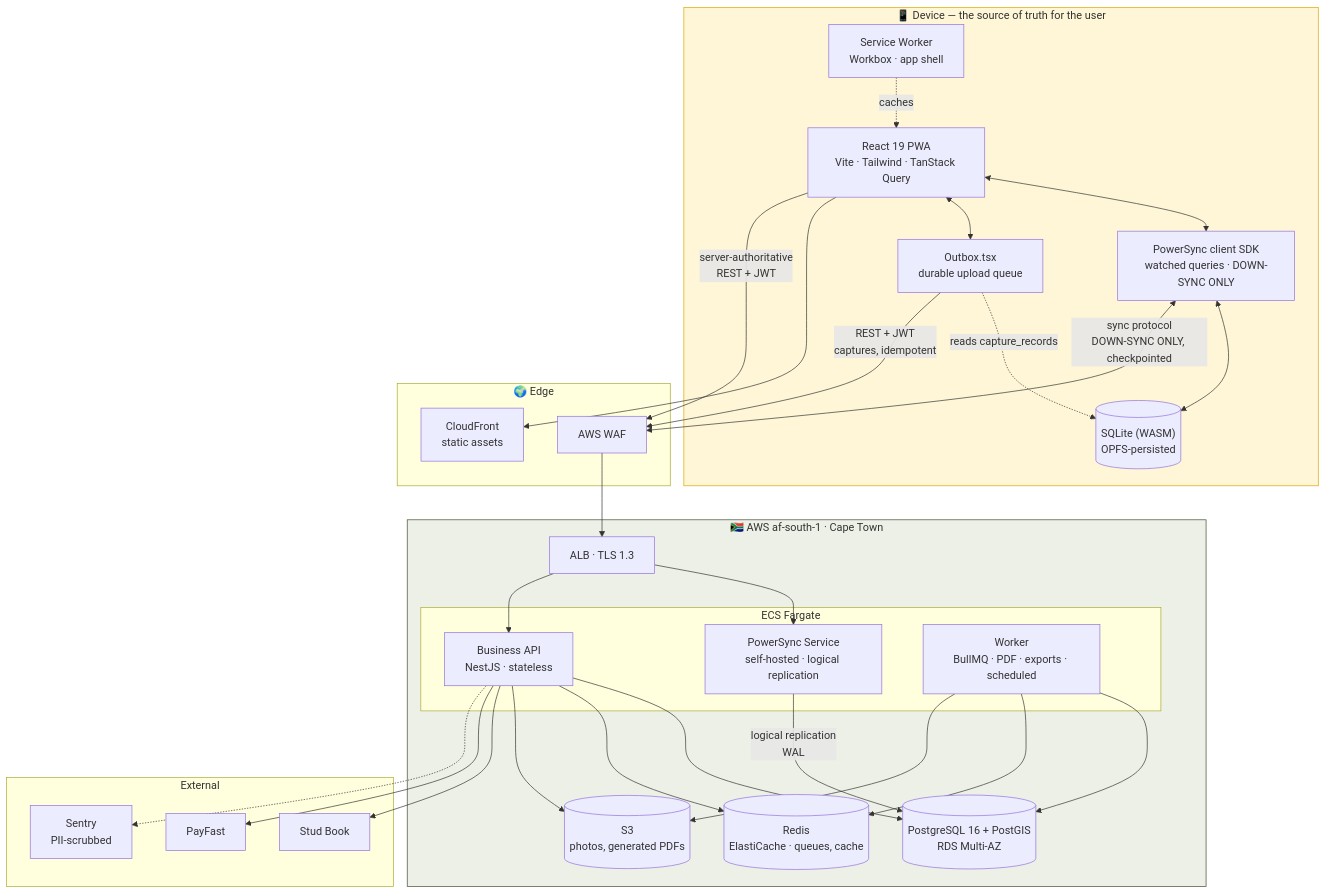
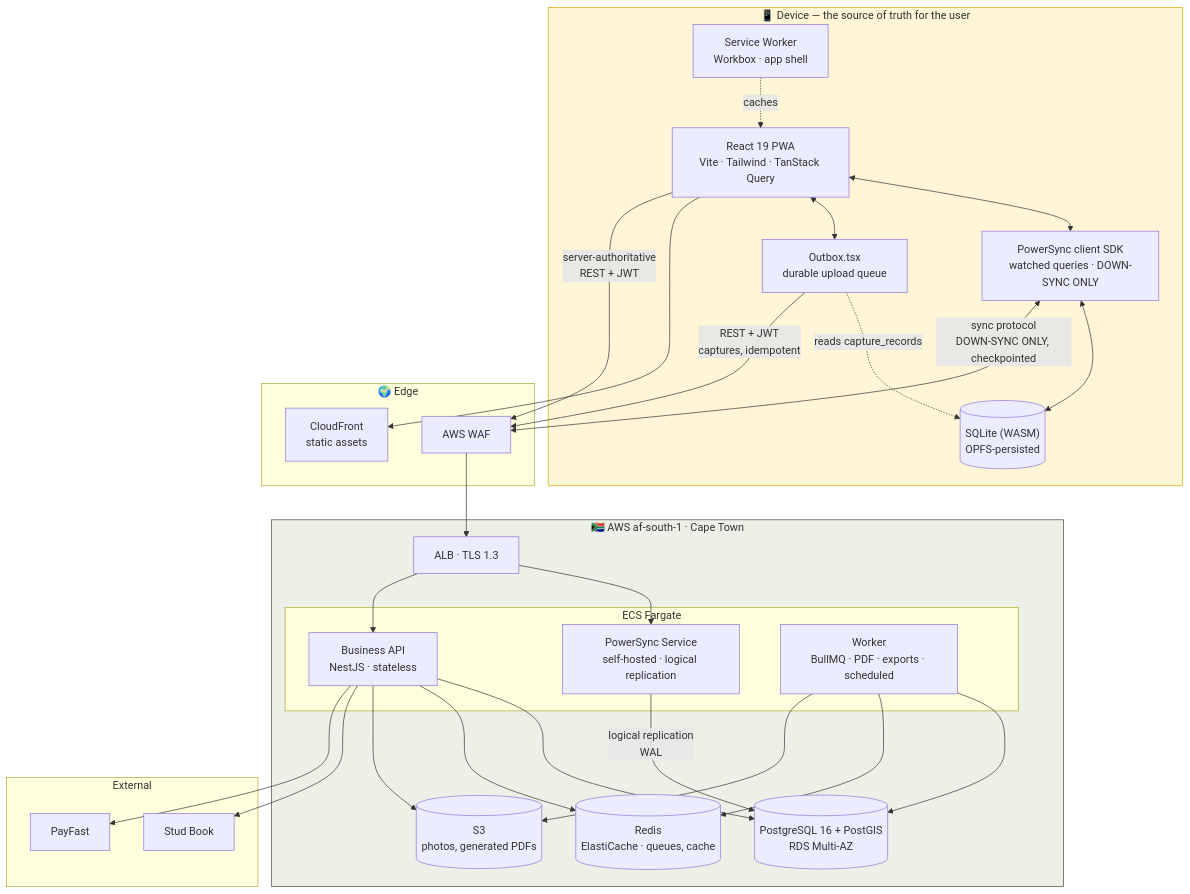
The second of 5 diagrams in docs/03-architecture/architecture.md (JPJvv/werf), drawn with Mermaid before and after one commit. The commit also changed other lines of this file and 90 other files, not shown here.

````diff
--- a/docs/03-architecture/architecture.md
+++ b/docs/03-architecture/architecture.md
@@ -64,55 +64,53 @@
 ```mermaid
 graph TB
     subgraph Device["📱 Device — the source of truth for the user"]
         UI["React 19 PWA<br/>Vite · Tailwind · TanStack Query"]
         SW["Service Worker<br/>Workbox · app shell"]
         SQL[("SQLite (WASM)<br/>OPFS-persisted")]
         PSC["PowerSync client SDK<br/>watched queries · DOWN-SYNC ONLY"]
         OBX["Outbox.tsx<br/>durable upload queue"]
         UI <--> PSC
         UI <--> OBX
         PSC <--> SQL
         OBX -.reads capture_records.-> SQL
         SW -.caches.-> UI
     end
 
     subgraph Edge["🌍 Edge"]
         CDN["CloudFront<br/>static assets"]
         WAF["AWS WAF"]
     end
 
     subgraph SA["🇿🇦 AWS af-south-1 · Cape Town"]
         ALB["ALB · TLS 1.3"]
 
         subgraph Compute["ECS Fargate"]
             PS["PowerSync Service<br/>self-hosted · logical replication"]
             API["Business API<br/>NestJS · stateless"]
             WRK["Worker<br/>BullMQ · PDF · exports · scheduled"]
         end
 
         PG[("PostgreSQL 16 + PostGIS<br/>RDS Multi-AZ")]
         RD[("Redis<br/>ElastiCache · queues, cache")]
         S3[("S3<br/>photos, generated PDFs")]
     end
 
     subgraph Ext["External"]
         SB["Stud Book"]
         PF["PayFast"]
-        SN["Sentry<br/>PII-scrubbed"]
     end
 
     UI --> CDN
     PSC <-->|"sync protocol<br/>DOWN-SYNC ONLY, checkpointed"| WAF --> ALB --> PS
     OBX -->|"REST + JWT<br/>captures, idempotent"| WAF
     UI -->|"server-authoritative<br/>REST + JWT"| WAF
     ALB --> API
 
     PS -->|"logical replication<br/>WAL"| PG
     API --> PG & RD & S3
     WRK --> PG & RD & S3
     API --> SB & PF
-    API -.-> SN
 
     style Device fill:#FEF6D6,stroke:#D9A800
     style SA fill:#EDF0E6,stroke:#3F4A33
 ```
````
